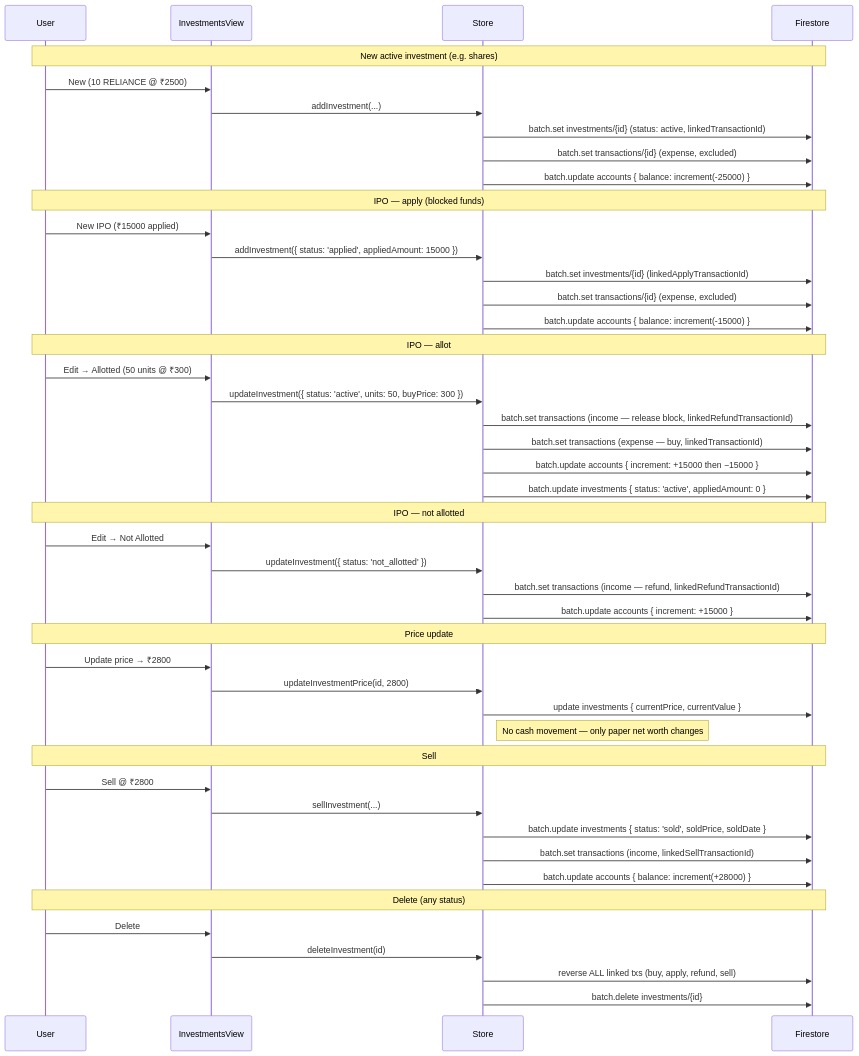
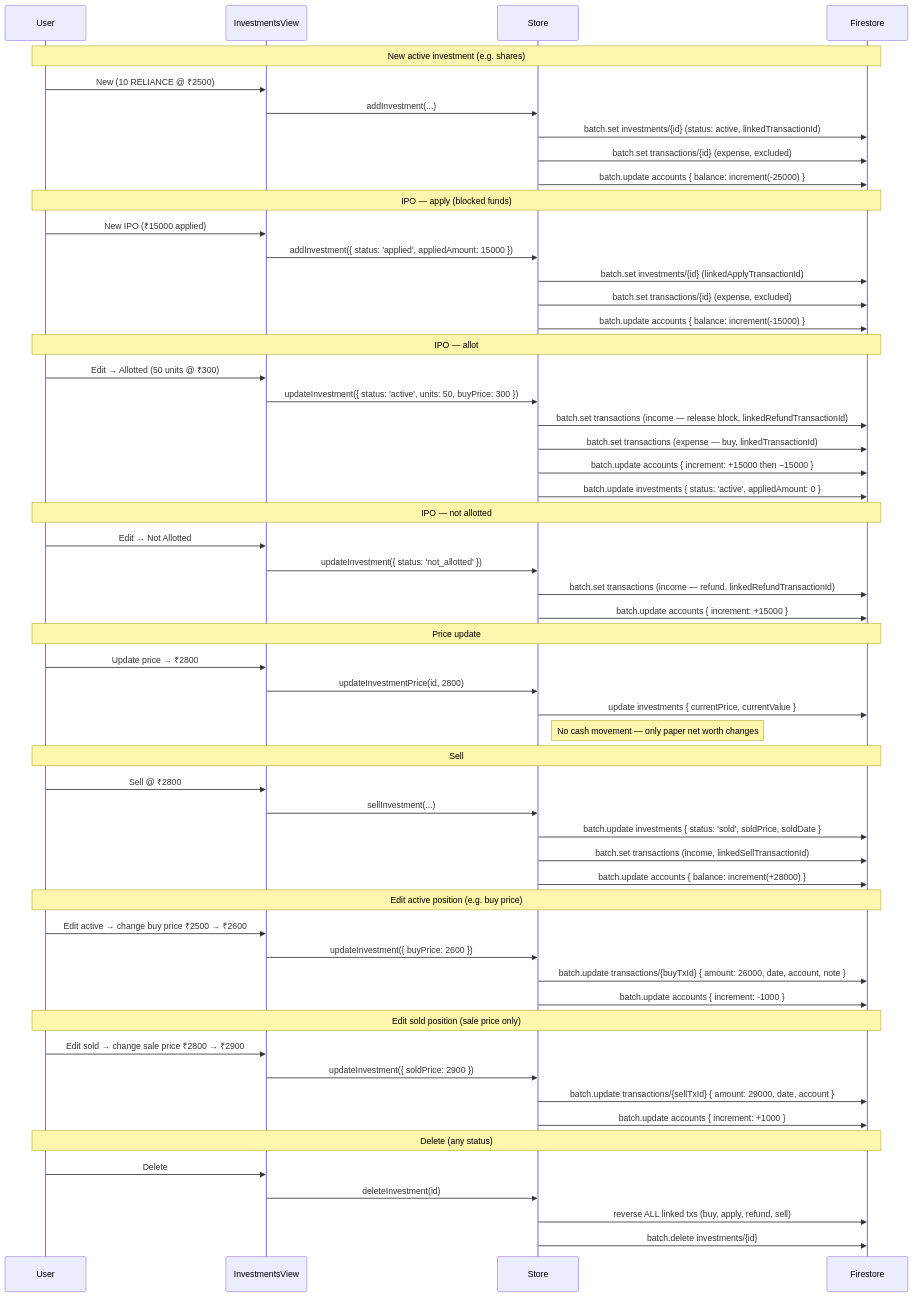
One commit to kalmux1/Kalcy changed the sixth of 10 diagrams in README.md. Above: the diagram before and after it, drawn with Mermaid. The commit also changed other lines of this file and 21 other files, not shown here.

````diff
--- a/README.md
+++ b/README.md
@@ -649,54 +676,66 @@
 ```mermaid
 sequenceDiagram
     participant U as User
     participant IV as InvestmentsView
     participant S as Store
     participant FS as Firestore
 
     Note over U,FS: New active investment (e.g. shares)
     U->>IV: New (10 RELIANCE @ ₹2500)
     IV->>S: addInvestment(...)
     S->>FS: batch.set investments/{id} (status: active, linkedTransactionId)
     S->>FS: batch.set transactions/{id} (expense, excluded)
     S->>FS: batch.update accounts { balance: increment(-25000) }
 
     Note over U,FS: IPO — apply (blocked funds)
     U->>IV: New IPO (₹15000 applied)
     IV->>S: addInvestment({ status: 'applied', appliedAmount: 15000 })
     S->>FS: batch.set investments/{id} (linkedApplyTransactionId)
     S->>FS: batch.set transactions/{id} (expense, excluded)
     S->>FS: batch.update accounts { balance: increment(-15000) }
 
     Note over U,FS: IPO — allot
     U->>IV: Edit → Allotted (50 units @ ₹300)
     IV->>S: updateInvestment({ status: 'active', units: 50, buyPrice: 300 })
     S->>FS: batch.set transactions (income — release block, linkedRefundTransactionId)
     S->>FS: batch.set transactions (expense — buy, linkedTransactionId)
     S->>FS: batch.update accounts { increment: +15000 then −15000 }
     S->>FS: batch.update investments { status: 'active', appliedAmount: 0 }
 
     Note over U,FS: IPO — not allotted
     U->>IV: Edit → Not Allotted
     IV->>S: updateInvestment({ status: 'not_allotted' })
     S->>FS: batch.set transactions (income — refund, linkedRefundTransactionId)
     S->>FS: batch.update accounts { increment: +15000 }
 
     Note over U,FS: Price update
     U->>IV: Update price → ₹2800
     IV->>S: updateInvestmentPrice(id, 2800)
     S->>FS: update investments { currentPrice, currentValue }
     Note right of S: No cash movement — only paper net worth changes
 
     Note over U,FS: Sell
     U->>IV: Sell @ ₹2800
     IV->>S: sellInvestment(...)
     S->>FS: batch.update investments { status: 'sold', soldPrice, soldDate }
     S->>FS: batch.set transactions (income, linkedSellTransactionId)
     S->>FS: batch.update accounts { balance: increment(+28000) }
 
+    Note over U,FS: Edit active position (e.g. buy price)
+    U->>IV: Edit active → change buy price ₹2500 → ₹2600
+    IV->>S: updateInvestment({ buyPrice: 2600 })
+    S->>FS: batch.update transactions/{buyTxId} { amount: 26000, date, account, note }
+    S->>FS: batch.update accounts { increment: -1000 }
+
+    Note over U,FS: Edit sold position (sale price only)
+    U->>IV: Edit sold → change sale price ₹2800 → ₹2900
+    IV->>S: updateInvestment({ soldPrice: 2900 })
+    S->>FS: batch.update transactions/{sellTxId} { amount: 29000, date, account }
+    S->>FS: batch.update accounts { increment: +1000 }
+
     Note over U,FS: Delete (any status)
     U->>IV: Delete
     IV->>S: deleteInvestment(id)
     S->>FS: reverse ALL linked txs (buy, apply, refund, sell)
     S->>FS: batch.delete investments/{id}
 ```
````
